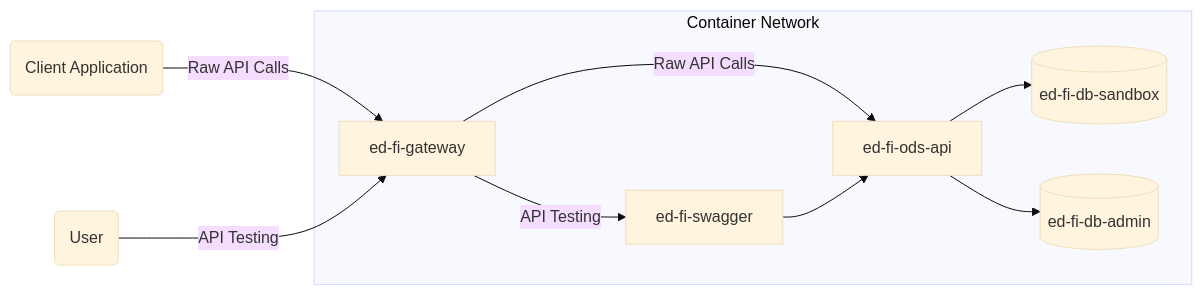
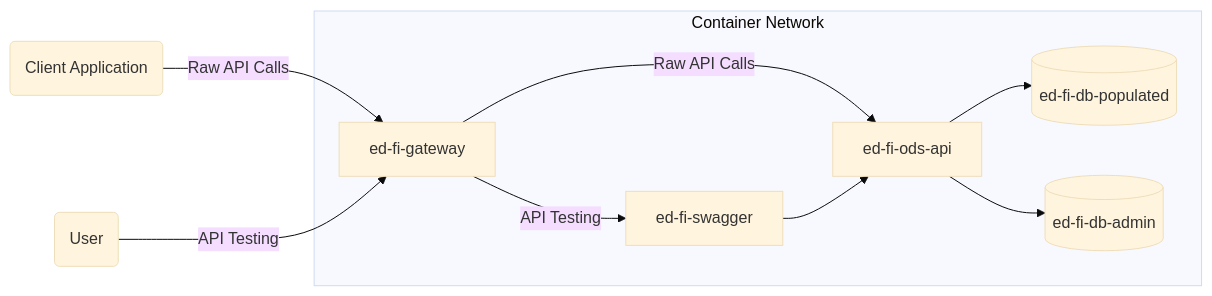
Before and after one commit to Ed-Fi-Alliance-OSS/Ed-Fi-ODS-Implementation: the second of 2 diagrams in docker/README.md, drawn with Mermaid (base theme). The commit also changed other lines of this file, not shown here.

Commit message:
Update doc for change to minimal / populated

````diff
--- a/docker/README.md
+++ b/docker/README.md
@@ -84,19 +102,19 @@
 ```mermaid
 flowchart LR
     A(Client Application) -->|Raw API Calls| B[ed-fi-gateway]
     B -->|Raw API Calls| C[ed-fi-ods-api]
-    C --> D[(ed-fi-db-sandbox)]
+    C --> D[(ed-fi-db-populated)]
     C --> E[(ed-fi-db-admin)]
 
     F(User) -->|API Testing| B
     B -->|API Testing| G[ed-fi-swagger]
     G --> C
 
     subgraph Container Network
         B
         C
         D
         E
         G
     end
 ```
````
